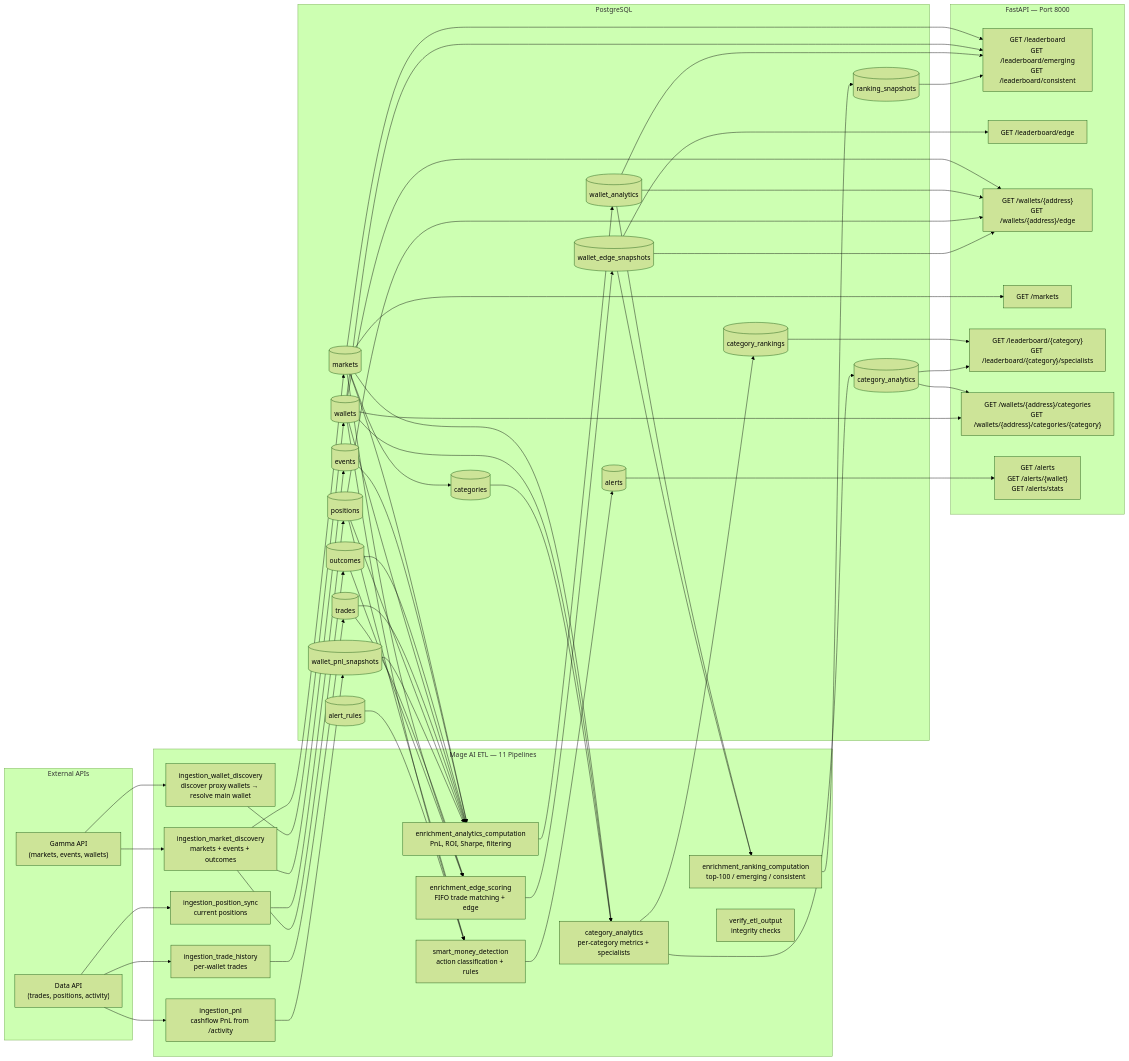
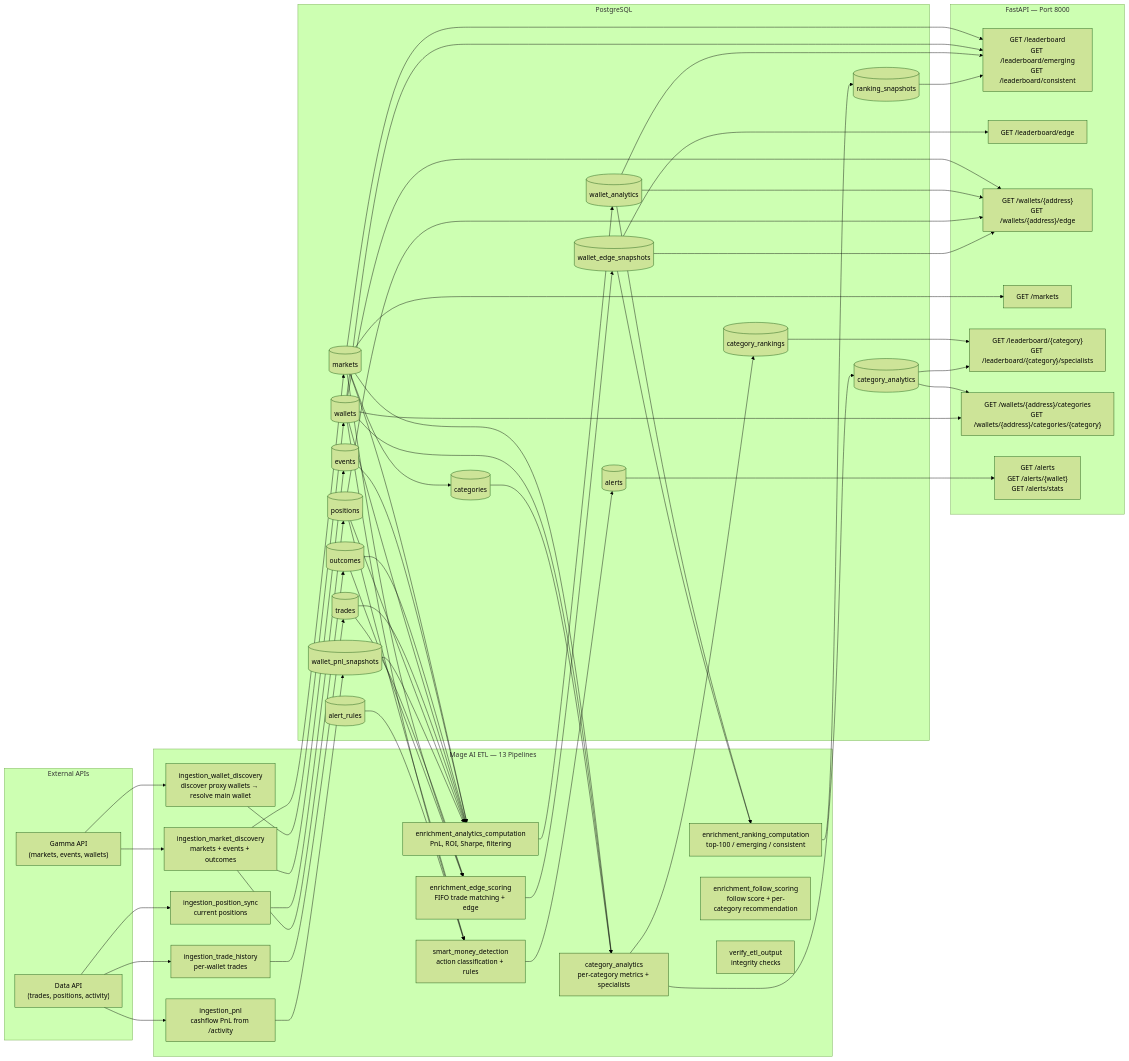
The diagram in docs/ARCHITECTURE.md (AntoineROYERB/polymarketpricer), drawn with Mermaid (forest theme) before and after one commit. The commit also changed other lines of this file and 83 other files, not shown here.

````diff
--- a/docs/ARCHITECTURE.md
+++ b/docs/ARCHITECTURE.md
@@ -3,79 +3,80 @@
 ```mermaid
 flowchart LR
     subgraph APIs["External APIs"]
         GAMMA["Gamma API<br/>(markets, events, wallets)"]
         DATA["Data API<br/>(trades, positions, activity)"]
     end
 
-    subgraph ETL["Mage AI ETL — 11 Pipelines"]
+    subgraph ETL["Mage AI ETL — 13 Pipelines"]
         MD["ingestion_market_discovery<br/>markets + events + outcomes"]
         WD["ingestion_wallet_discovery<br/>discover proxy wallets → resolve main wallet"]
         PS["ingestion_position_sync<br/>current positions"]
         PN["ingestion_pnl<br/>cashflow PnL from /activity"]
         TH["ingestion_trade_history<br/>per-wallet trades"]
         AC["enrichment_analytics_computation<br/>PnL, ROI, Sharpe, filtering"]
         RC["enrichment_ranking_computation<br/>top-100 / emerging / consistent"]
         CA["category_analytics<br/>per-category metrics + specialists"]
         ES["enrichment_edge_scoring<br/>FIFO trade matching + edge"]
         SM["smart_money_detection<br/>action classification + rules"]
+        FS["enrichment_follow_scoring<br/>follow score + per-category recommendation"]
         VF["verify_etl_output<br/>integrity checks"]
     end
 
     subgraph DB["PostgreSQL"]
         MKT[(markets)]
         EVT[(events)]
         OUTC[(outcomes)]
         WAL[(wallets)]
         TRD[(trades)]
         POS[(positions)]
         WPS[(wallet_pnl_snapshots)]
         WA[(wallet_analytics)]
         RS[(ranking_snapshots)]
         CAT[(categories)]
         CAnalytics[(category_analytics)]
         CRankings[(category_rankings)]
         ALR[(alert_rules)]
         ALTS[(alerts)]
         WES[(wallet_edge_snapshots)]
     end
 
     subgraph API["FastAPI — Port 8000"]
         LB["GET /leaderboard<br/>GET /leaderboard/emerging<br/>GET /leaderboard/consistent"]
         ELB["GET /leaderboard/edge"]
         WP["GET /wallets/{address}<br/>GET /wallets/{address}/edge"]
         MK["GET /markets"]
         CLB["GET /leaderboard/{category}<br/>GET /leaderboard/{category}/specialists"]
         WC["GET /wallets/{address}/categories<br/>GET /wallets/{address}/categories/{category}"]
         AL["GET /alerts<br/>GET /alerts/{wallet}<br/>GET /alerts/stats"]
     end
 
     GAMMA --> MD
     GAMMA --> WD
     DATA --> TH
     DATA --> PS
     DATA --> PN
     MD --> MKT & EVT & OUTC
     WD --> WAL
     TH --> TRD
     PS --> POS
     PN --> WPS
     MKT & EVT & OUTC & WAL & TRD & POS & WPS --> AC
     AC --> WA
     WA --> RC
     RC --> RS
     MKT --> CAT
     MKT & WAL & CAT --> CA
     CA --> CAnalytics & CRankings
     TRD & MKT & OUTC --> ES
     ES --> WES
     WES --> RC
     POS & WAL & ALR --> SM
     SM --> ALTS
     WES --> ELB
     MKT & WAL & WA & RS --> LB
     WAL & WA & POS & WES --> WP
     MKT --> MK
     CRankings & CAnalytics --> CLB
     CAnalytics & WAL --> WC
     ALTS --> AL
 ```
````
